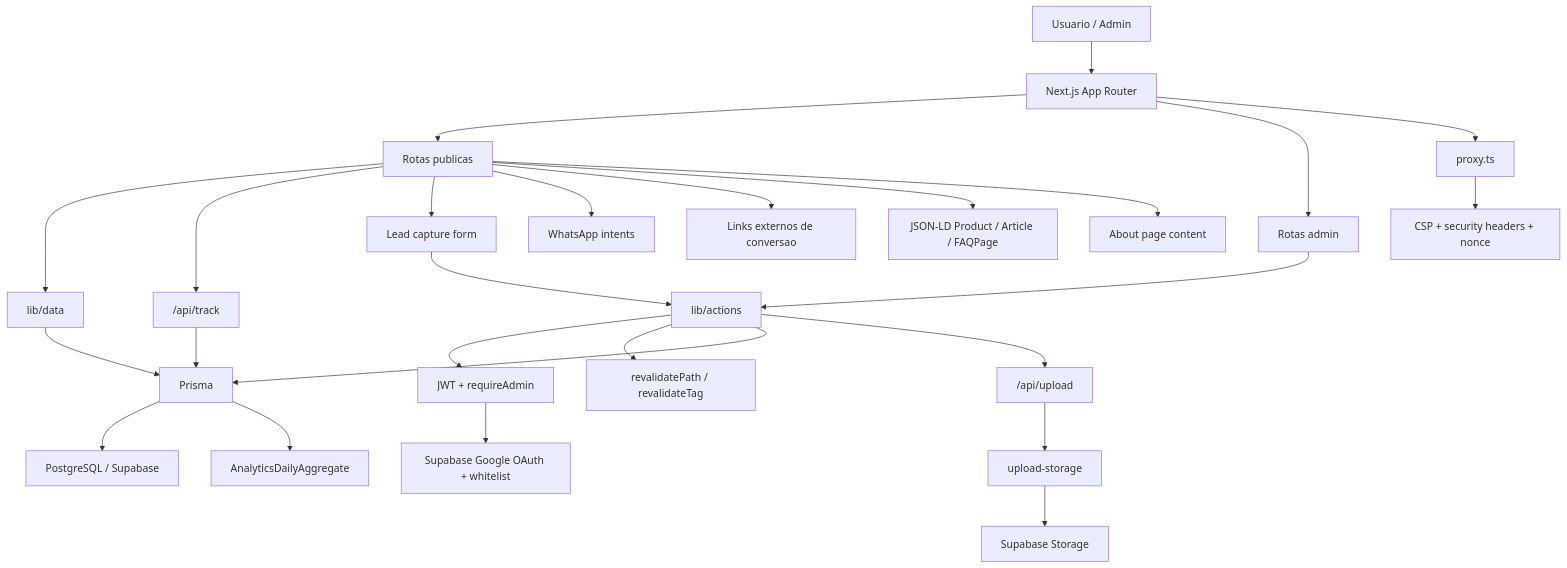
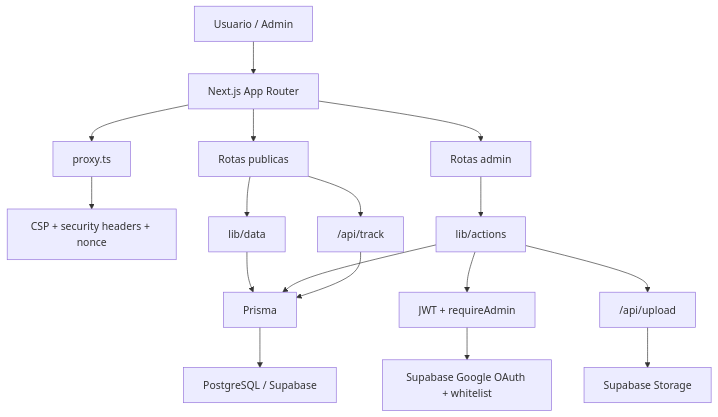
Before and after one commit to Jampras/Eliane-Marques: the diagram in docs/ARCHITECTURE.md, drawn with Mermaid. The commit also changed other lines of this file and 49 other files, not shown here.

````diff
--- a/docs/ARCHITECTURE.md
+++ b/docs/ARCHITECTURE.md
@@ -13,28 +7,19 @@
 ```mermaid
 flowchart TD
     U["Usuario / Admin"] --> APP["Next.js App Router"]
+    APP --> PROXY["proxy.ts"]
+    PROXY --> SEC["CSP + security headers + nonce"]
     APP --> PUB["Rotas publicas"]
     APP --> ADM["Rotas admin"]
-    APP --> PROXY["proxy.ts"]
-    PROXY --> SEC["CSP + security headers + nonce"]
     PUB --> DATA["lib/data"]
     ADM --> ACT["lib/actions"]
     ACT --> AUTH["JWT + requireAdmin"]
     AUTH --> OAUTH["Supabase Google OAuth + whitelist"]
-    ACT --> CACHE["revalidatePath / revalidateTag"]
     DATA --> PRISMA["Prisma"]
     ACT --> PRISMA
     PRISMA --> DB["PostgreSQL / Supabase"]
     PUB --> TRACK["/api/track"]
     TRACK --> PRISMA
-    PRISMA --> AGG["AnalyticsDailyAggregate"]
-    PUB --> LEAD["Lead capture form"]
-    LEAD --> ACT
     ACT --> UP["/api/upload"]
-    UP --> STORAGE["upload-storage"]
-    STORAGE --> SUPA["Supabase Storage"]
-    PUB --> WA["WhatsApp intents"]
-    PUB --> EXT["Links externos de conversao"]
-    PUB --> SEO["JSON-LD Product / Article / FAQPage"]
-    PUB --> ABOUT["About page content"]
+    UP --> STORAGE["Supabase Storage"]
 ```
````
